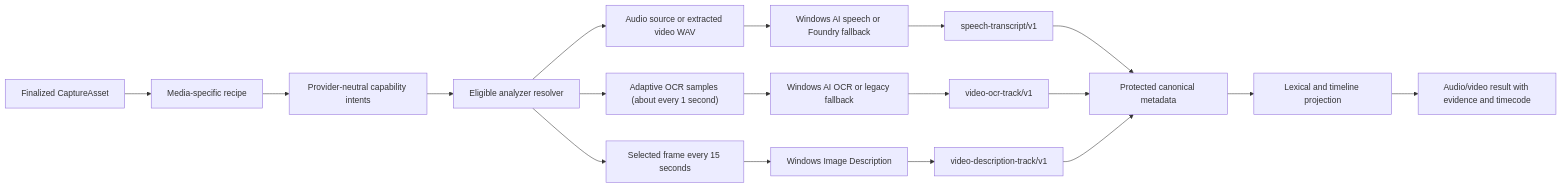
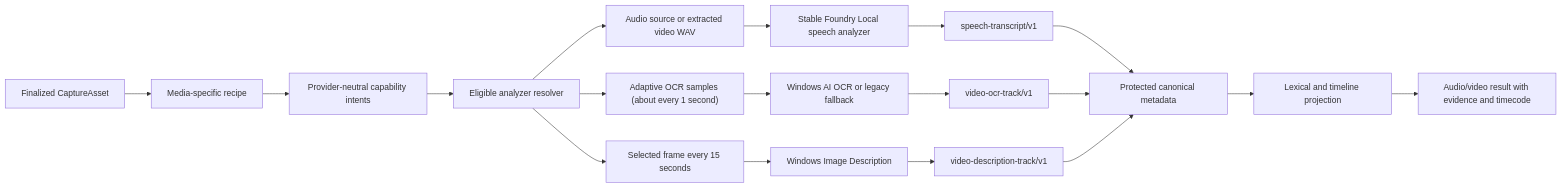
One commit to shanebweaver/CaptureTool changed the third of 4 diagrams in docs/architecture-capture-analysis-platform.md. Above: the diagram before and after it, drawn with Mermaid. The commit also changed other lines of this file and 44 other files, not shown here.

Commit message:
Prefer Nemotron speech recognition with Whisper fallback

````diff
--- a/docs/architecture-capture-analysis-platform.md
+++ b/docs/architecture-capture-analysis-platform.md
@@ -544,20 +543,20 @@
 ```mermaid
 flowchart LR
     Asset["Finalized CaptureAsset"] --> Recipe["Media-specific recipe"]
     Recipe --> Intent["Provider-neutral capability intents"]
     Intent --> Resolver["Eligible analyzer resolver"]
     Resolver --> Audio["Audio source or extracted video WAV"]
-    Audio --> Speech["Windows AI speech or Foundry fallback"]
+    Audio --> Speech["Stable Foundry Local speech analyzer"]
     Speech --> Transcript["speech-transcript/v1"]
     Resolver --> Frames["Adaptive OCR samples (about every 1 second)"]
     Frames --> Ocr["Windows AI OCR or legacy fallback"]
     Ocr --> OcrTrack["video-ocr-track/v1"]
     Resolver --> Samples["Selected frame every 15 seconds"]
     Samples --> Describe["Windows Image Description"]
     Describe --> DescriptionTrack["video-description-track/v1"]
     Transcript --> Metadata["Protected canonical metadata"]
     OcrTrack --> Metadata
     DescriptionTrack --> Metadata
     Metadata --> Projection["Lexical and timeline projection"]
     Projection --> Result["Audio/video result with evidence and timecode"]
 ```
````
